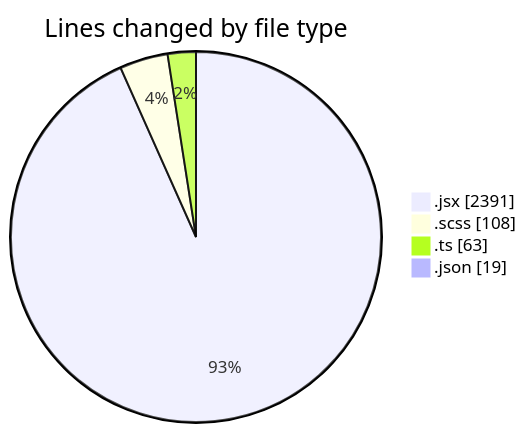
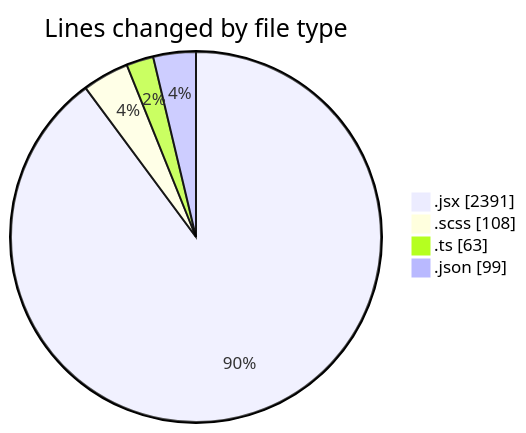
One commit to momahboobian/code-tracking changed the first of 2 diagrams in 2026-09-01/cda/README.md. Above: the diagram before and after it, drawn with Mermaid. The commit also changed other lines of this file and 1 other file, not shown here.

````diff
--- a/2026-09-01/cda/README.md
+++ b/2026-09-01/cda/README.md
@@ -48,8 +50,8 @@
 ```mermaid
 pie showData
 title Lines changed by file type
 ".jsx" : 2391
 ".scss" : 108
 ".ts" : 63
-".json" : 19
+".json" : 99
 ```
````
